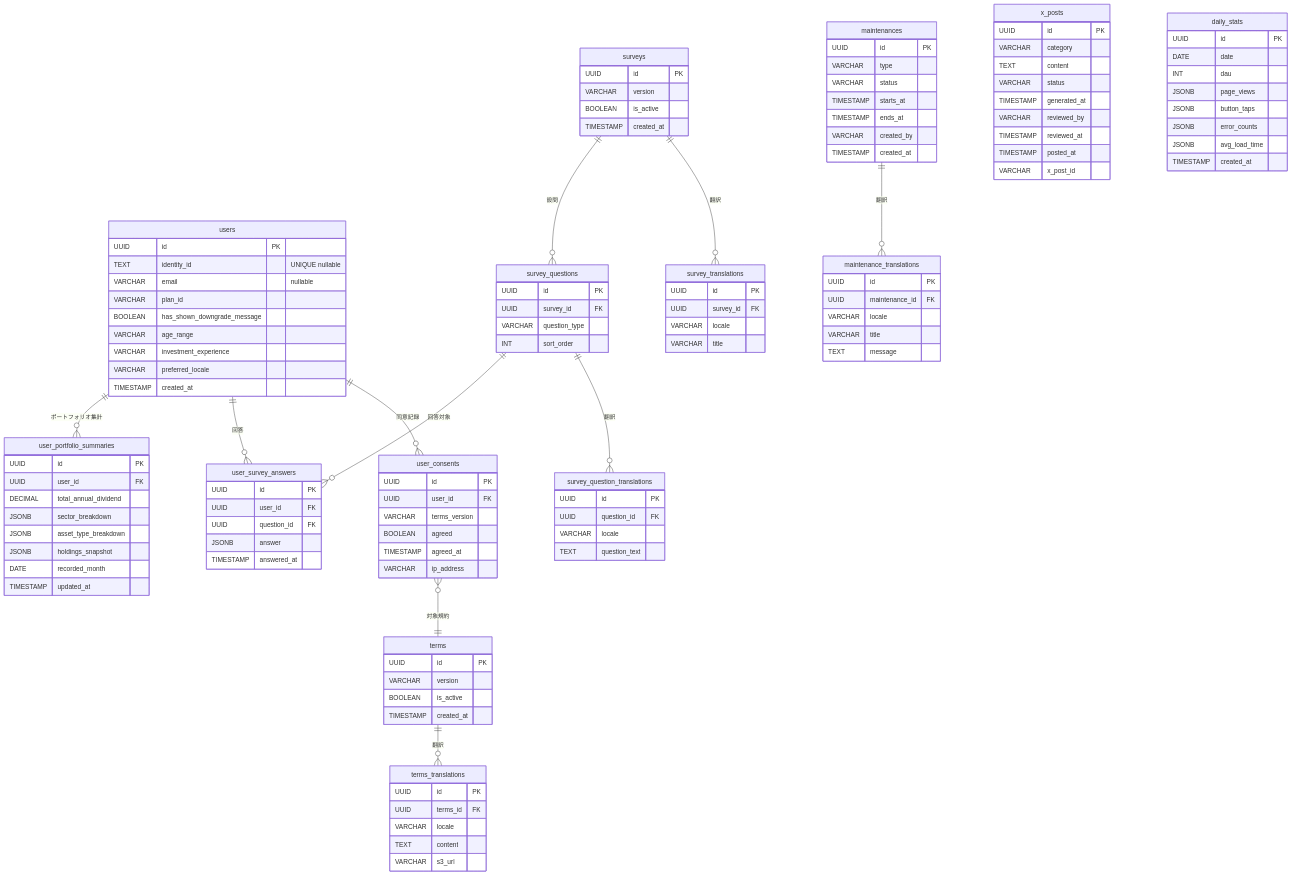
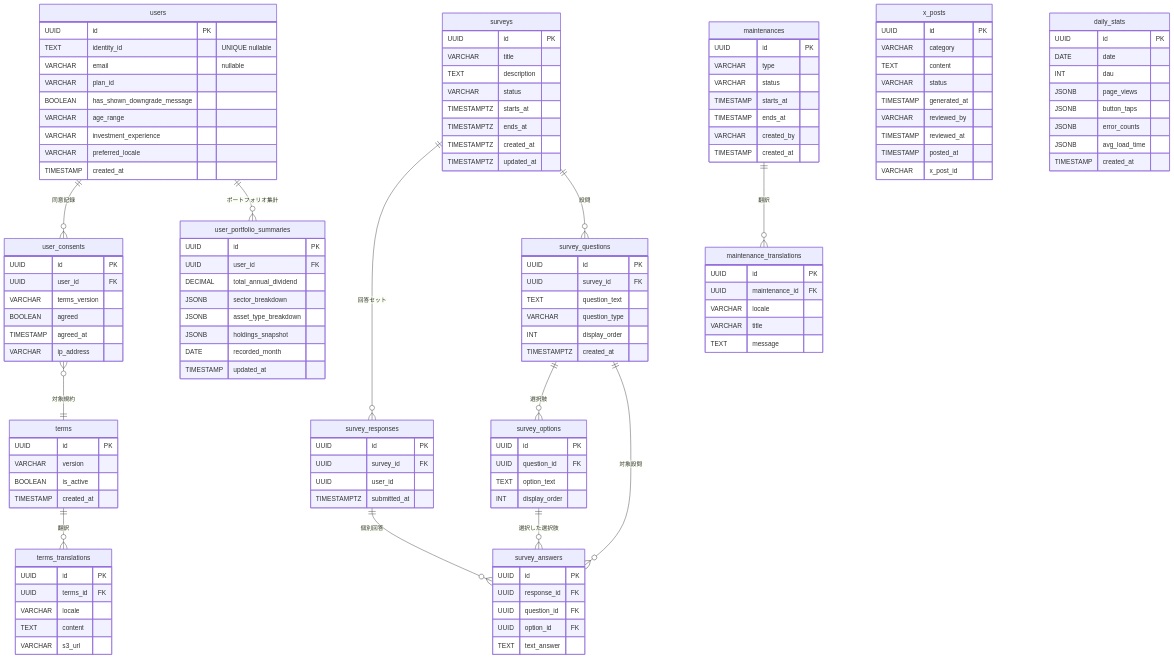
The diagram in specs/030.database/backend-schema.md (satouhiroyuki/Morincum-specs), drawn with Mermaid before and after one commit. The commit also changed other lines of this file and 1 other file, not shown here.

Commit message:
docs: アンケート機能仕様書とDBスキーマを追加（#32）
- specs/020.system/survey-spec.md: 新規作成
  要件・ユーザーフロー・DB設計・API設計・Slack通知仕様を記載
- specs/030.database/backend-schema.md: surveyテーブル群を再設計
  survey_options / survey_responses / survey_answers を追加
  UNIQUE(survey_id, user_id) で二重回答防止

````diff
--- a/specs/030.database/backend-schema.md
+++ b/specs/030.database/backend-schema.md
@@ -78,34 +78,40 @@
     }
     surveys {
         UUID id PK
-        VARCHAR version
-        BOOLEAN is_active
-        TIMESTAMP created_at
-    }
-    survey_translations {
-        UUID id PK
-        UUID survey_id FK
-        VARCHAR locale
         VARCHAR title
+        TEXT description
+        VARCHAR status
+        TIMESTAMPTZ starts_at
+        TIMESTAMPTZ ends_at
+        TIMESTAMPTZ created_at
+        TIMESTAMPTZ updated_at
     }
     survey_questions {
         UUID id PK
         UUID survey_id FK
+        TEXT question_text
         VARCHAR question_type
-        INT sort_order
+        INT display_order
+        TIMESTAMPTZ created_at
     }
-    survey_question_translations {
+    survey_options {
         UUID id PK
         UUID question_id FK
-        VARCHAR locale
-        TEXT question_text
+        TEXT option_text
+        INT display_order
     }
-    user_survey_answers {
+    survey_responses {
         UUID id PK
-        UUID user_id FK
+        UUID survey_id FK
+        UUID user_id
+        TIMESTAMPTZ submitted_at
+    }
+    survey_answers {
+        UUID id PK
+        UUID response_id FK
         UUID question_id FK
-        JSONB answer
-        TIMESTAMP answered_at
+        UUID option_id FK
+        TEXT text_answer
     }
     user_portfolio_summaries {
         UUID id PK
@@ -156,13 +162,14 @@
     }
 
     users ||--o{ user_consents : "同意記録"
-    users ||--o{ user_survey_answers : "回答"
+    surveys ||--o{ survey_responses : "回答セット"
+    survey_responses ||--o{ survey_answers : "個別回答"
     users ||--o{ user_portfolio_summaries : "ポートフォリオ集計"
     terms ||--o{ terms_translations : "翻訳"
     user_consents }o--|| terms : "対象規約"
-    surveys ||--o{ survey_translations : "翻訳"
     surveys ||--o{ survey_questions : "設問"
-    survey_questions ||--o{ survey_question_translations : "翻訳"
-    survey_questions ||--o{ user_survey_answers : "回答対象"
+    survey_questions ||--o{ survey_options : "選択肢"
+    survey_questions ||--o{ survey_answers : "対象設問"
+    survey_options ||--o{ survey_answers : "選択した選択肢"
     maintenances ||--o{ maintenance_translations : "翻訳"
 ```
````
